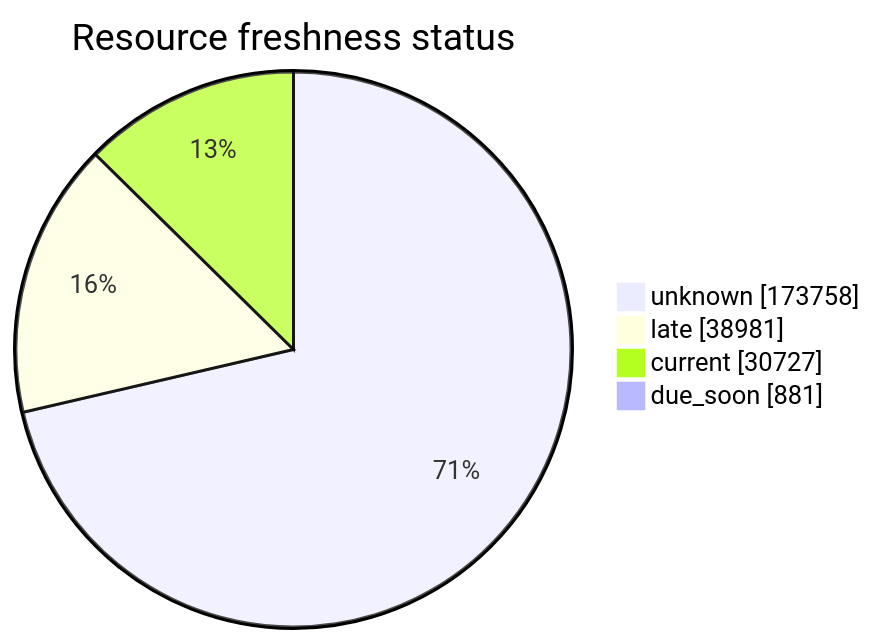
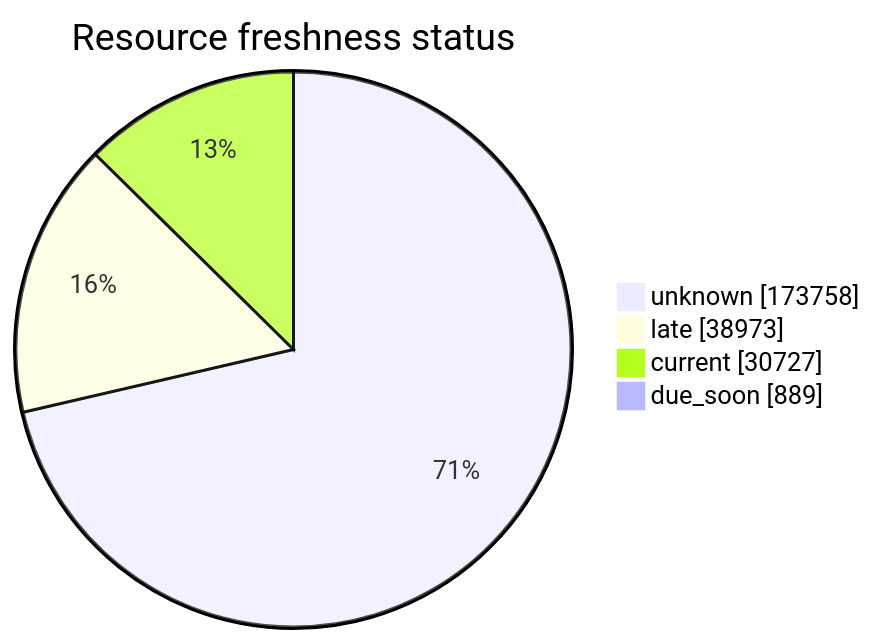
One commit to open-data/analytics-corporate-reporting changed the third of 5 diagrams in FreshCheck/README.md. Above: the diagram before and after it, drawn with Mermaid. The commit also changed other lines of this file and 3 other files, not shown here.

````diff
--- a/FreshCheck/README.md
+++ b/FreshCheck/README.md
@@ -77,7 +77,7 @@
 ```mermaid
 pie showData title Resource freshness status
     "unknown": 173758
-    "late": 38981
+    "late": 38973
     "current": 30727
-    "due_soon": 881
+    "due_soon": 889
 ```
````
